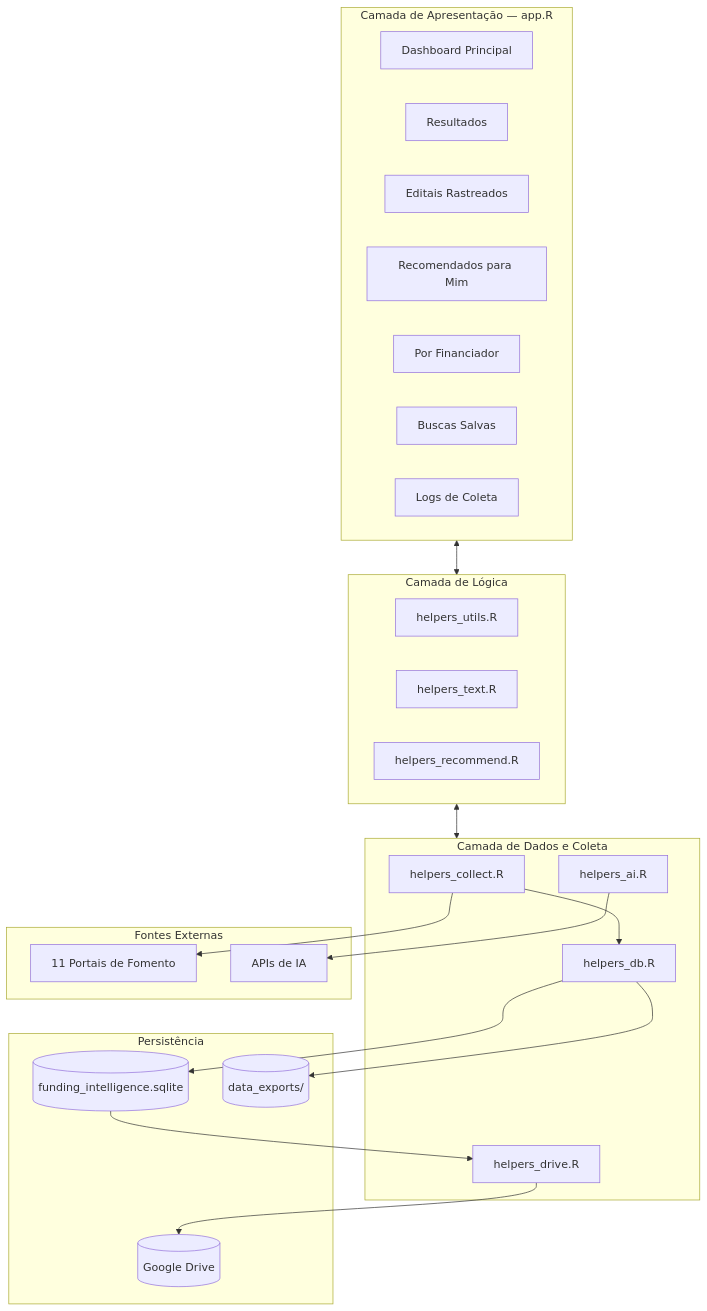
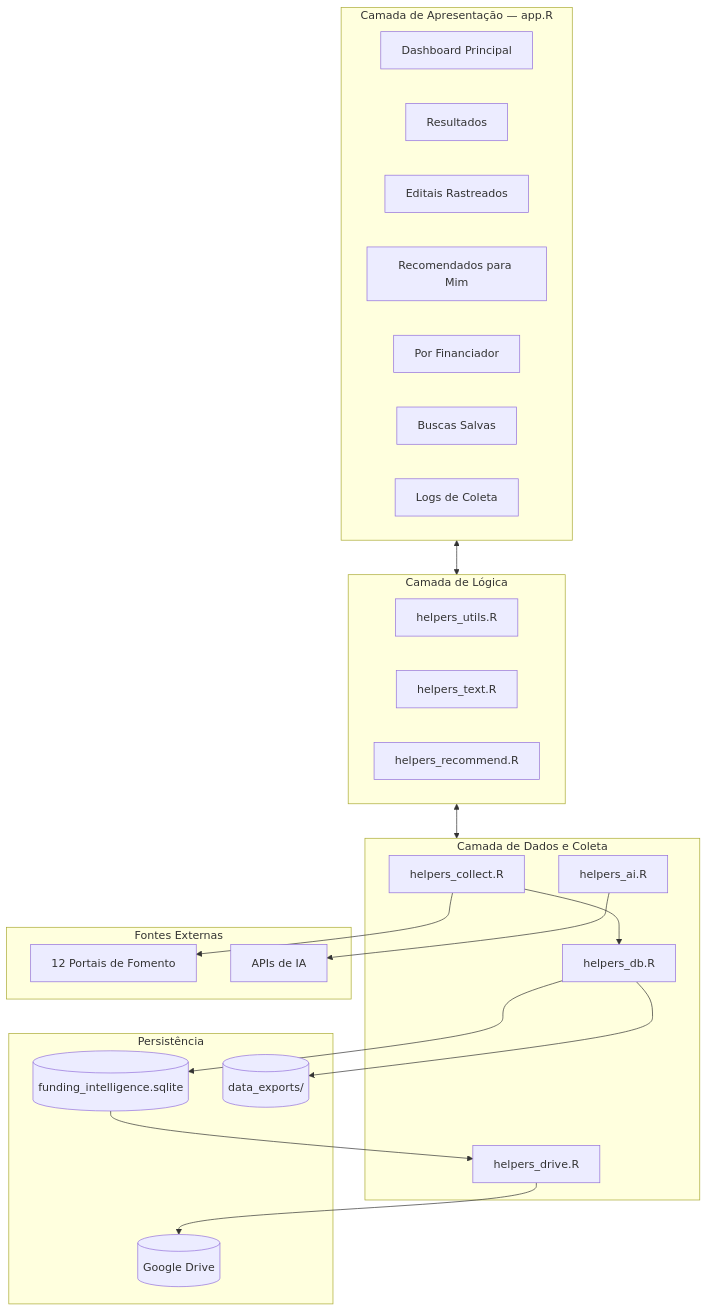
Before and after one commit to NEI-Senai-Cimatec/funding_intelligence: the diagram in README.md, drawn with Mermaid. The commit also changed other lines of this file and 10 other files, not shown here.

````diff
--- a/README.md
+++ b/README.md
@@ -71,46 +71,46 @@
 ```mermaid
 flowchart TD
     subgraph UI [Camada de Apresentação — app.R]
         Dashboard[Dashboard Principal]
         TabResultados[Resultados]
         TabRastreados[Editais Rastreados]
         TabRecomendados[Recomendados para Mim]
         TabFinanciador[Por Financiador]
         TabBuscas[Buscas Salvas]
         TabLogs[Logs de Coleta]
     end
 
     subgraph Core [Camada de Lógica]
         Utils[helpers_utils.R]
         TextSearch[helpers_text.R]
         Recommend[helpers_recommend.R]
     end
 
     subgraph Data [Camada de Dados e Coleta]
         Collect[helpers_collect.R]
         DB[helpers_db.R]
         AI[helpers_ai.R]
         Drive[helpers_drive.R]
     end
 
     subgraph Storage [Persistência]
         SQLite[(funding_intelligence.sqlite)]
         GDrive[(Google Drive)]
         Exports[(data_exports/)]
     end
 
     subgraph External [Fontes Externas]
-        Fontes[11 Portais de Fomento]
+        Fontes[12 Portais de Fomento]
         LLMAPIs[APIs de IA]
     end
 
     UI <--> Core
     Core <--> Data
     Collect --> Fontes
     AI --> LLMAPIs
     DB --> SQLite
     Drive --> GDrive
     Collect --> DB
     DB --> Exports
     SQLite --> Drive
 ```
````
